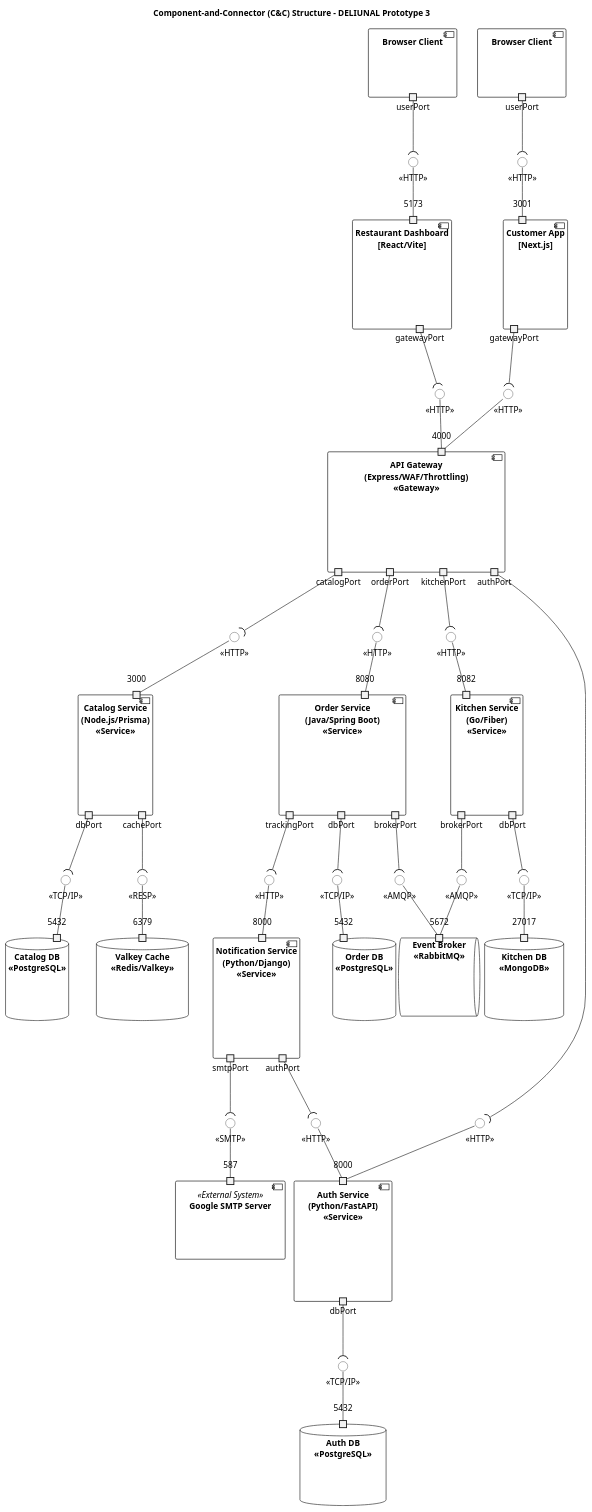
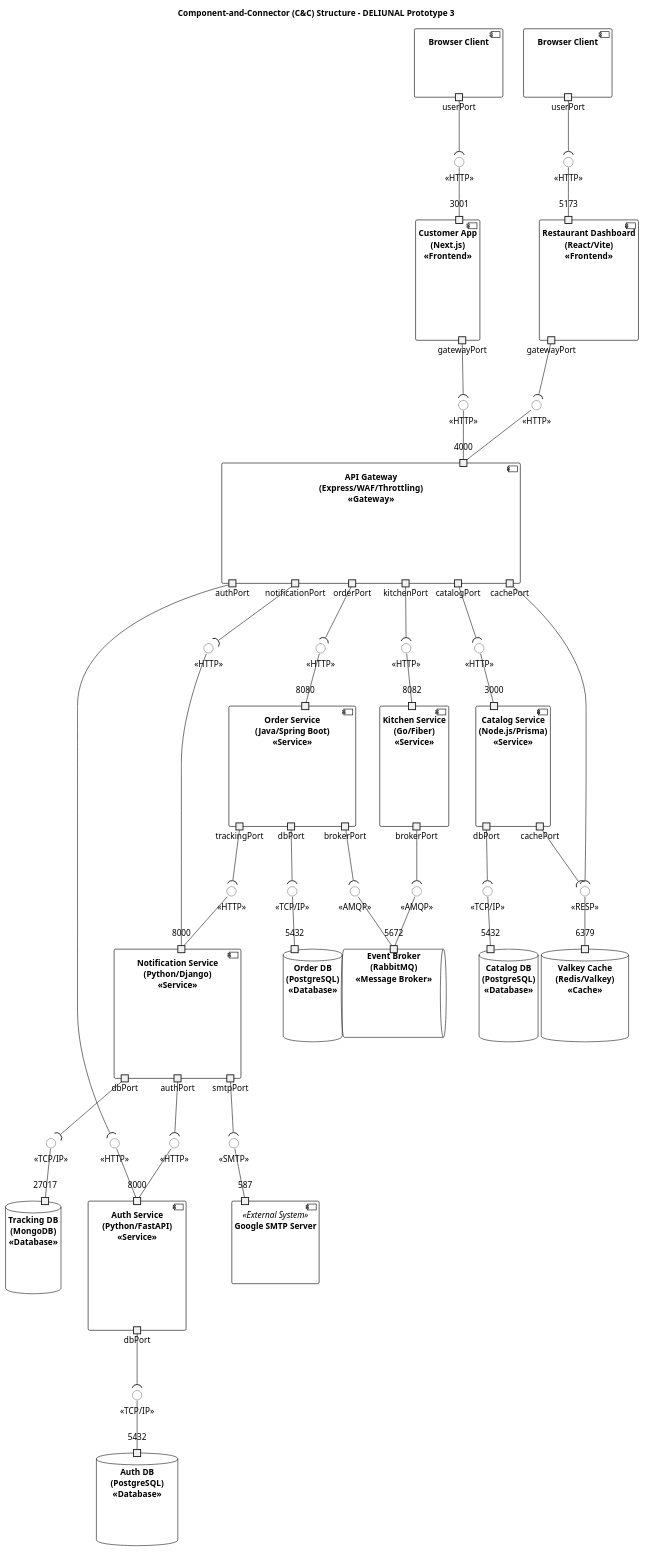
Before and after one commit to unal-sw-arch/swarch-2026i: the diagram in project/3b/docs/assets/deliunal_cc_view.puml, drawn with PlantUML. The commit also changed 1 other file, not shown here.

Commit message:
docs: update C&C diagram with missing connections

```diff
--- a/project/3b/docs/assets/deliunal_cc_view.puml
+++ b/project/3b/docs/assets/deliunal_cc_view.puml
@@ -1,192 +1,199 @@
 @startuml C&C_View_DELIUNAL
 skinparam componentStyle uml2
 skinparam backgroundColor white
 skinparam defaultFontName Arial
 skinparam node {
     BackgroundColor white
     BorderColor black
 }
 skinparam component {
     BackgroundColor white
     BorderColor black
 }
 skinparam interface {
     BackgroundColor white
     BorderColor black
 }
 
 title Component-and-Connector (C&C) Structure - DELIUNAL Prototype 3
 
 ' --- External Entities ---
 component "Browser Client" as MobileClient {
     portout "userPort" as mc_out
 }
 component "Browser Client" as BrowserClient {
     portout "userPort" as bc_out
 }
 component "Google SMTP Server" <<External System>> as SMTP_External {
     portin "587" as ext_smtp_in
 }
 
 ' --- Frontends ---
-component "Customer App\n[Next.js]" as CustomerApp {
+component "Customer App\n(Next.js)\n<<Frontend>>" as CustomerApp {
     portin "3001" as ca_in
     portout "gatewayPort" as ca_out
 }
-component "Restaurant Dashboard\n[React/Vite]" as RestaurantDashboard {
+component "Restaurant Dashboard\n(React/Vite)\n<<Frontend>>" as RestaurantDashboard {
     portin "5173" as rd_in
     portout "gatewayPort" as rd_out
 }
 
 ' --- API Gateway ---
 component "API Gateway\n(Express/WAF/Throttling)\n<<Gateway>>" as APIGateway {
     portin "4000" as gw_in
     portout "authPort" as gw_out_auth
     portout "catalogPort" as gw_out_cat
     portout "orderPort" as gw_out_ord
     portout "kitchenPort" as gw_out_kit
+    portout "notificationPort" as gw_out_notif
+    portout "cachePort" as gw_out_cache
 }
 
 ' --- Microservices ---
 component "Auth Service\n(Python/FastAPI)\n<<Service>>" as AuthService {
     portin "8000" as auth_in
     portout "dbPort" as auth_db_out
 }
 
 component "Catalog Service\n(Node.js/Prisma)\n<<Service>>" as CatalogService {
     portin "3000" as cat_in
     portout "dbPort" as cat_db_out
     portout "cachePort" as cat_cache_out
 }
 
 component "Order Service\n(Java/Spring Boot)\n<<Service>>" as OrderService {
     portin "8080" as ord_in
     portout "dbPort" as ord_db_out
     portout "brokerPort" as ord_broker_out
     portout "trackingPort" as ord_track_out
 }
 
 component "Kitchen Service\n(Go/Fiber)\n<<Service>>" as KitchenService {
     portin "8082" as kit_in
-    portout "dbPort" as kit_db_out
     portout "brokerPort" as kit_broker_out
 }
 
 component "Notification Service\n(Python/Django)\n<<Service>>" as NotificationService {
     portin "8000" as notif_in
     portout "authPort" as notif_auth_out
     portout "smtpPort" as notif_smtp_out
+    portout "dbPort" as notif_db_out
 }
 
 ' --- Data Stores & Brokers ---
-database "Catalog DB\n<<PostgreSQL>>" as CatalogDB {
+database "Catalog DB\n(PostgreSQL)\n<<Database>>" as CatalogDB {
     portin "5432" as catdb_in
 }
-database "Order DB\n<<PostgreSQL>>" as OrderDB {
+database "Order DB\n(PostgreSQL)\n<<Database>>" as OrderDB {
     portin "5432" as orddb_in
 }
-database "Kitchen DB\n<<MongoDB>>" as KitchenDB {
-    portin "27017" as kitdb_in
+database "Tracking DB\n(MongoDB)\n<<Database>>" as TrackingDB {
+    portin "27017" as trackdb_in
 }
-database "Auth DB\n<<PostgreSQL>>" as AuthDB {
+database "Auth DB\n(PostgreSQL)\n<<Database>>" as AuthDB {
     portin "5432" as authdb_in
 }
 
-queue "Event Broker\n<<RabbitMQ>>" as RabbitMQ {
+queue "Event Broker\n(RabbitMQ)\n<<Message Broker>>" as RabbitMQ {
     portin "5672" as rmq_in
 }
 
-database "Valkey Cache\n<<Redis/Valkey>>" as ValkeyCache {
+database "Valkey Cache\n(Redis/Valkey)\n<<Cache>>" as ValkeyCache {
     portin "6379" as valkey_in
 }
 
 ' --- Interfaces (Lollipops) ---
 interface "<<HTTP>>" as I_Mobile
 interface "<<HTTP>>" as I_Browser
 
 ' Splitting Gateway Interfaces to avoid 'Y' combinations
 interface "<<HTTP>>" as I_GW_CA
 interface "<<HTTP>>" as I_GW_RD
 
 ' Splitting Auth Interfaces to avoid 'Y' combinations
 interface "<<HTTP>>" as I_Auth_GW
 interface "<<HTTP>>" as I_Auth_Notif
 
 interface "<<HTTP>>" as I_Catalog
 interface "<<HTTP>>" as I_Order
 interface "<<HTTP>>" as I_Kitchen
 interface "<<HTTP>>" as I_Notification
+interface "<<HTTP>>" as I_Notif_GW
 
 ' Interfaces for DBs
 interface "<<TCP/IP>>" as I_CatDB
 interface "<<TCP/IP>>" as I_OrdDB
-interface "<<TCP/IP>>" as I_KitDB
+interface "<<TCP/IP>>" as I_TrackDB
 interface "<<TCP/IP>>" as I_AuthDB
 interface "<<RESP>>" as I_Valkey
 
 ' Interfaces for RabbitMQ
 interface "<<AMQP>>" as I_RMQ_Ord
 interface "<<AMQP>>" as I_RMQ_Kit
 
 ' --- Connections (External -> Frontends) ---
 mc_out --( I_Mobile
 I_Mobile -- ca_in
 
 bc_out --( I_Browser
 I_Browser -- rd_in
 
 ' --- Connections (Frontends -> Gateway) ---
 ca_out --( I_GW_CA
 I_GW_CA -- gw_in
 
 rd_out --( I_GW_RD
 I_GW_RD -- gw_in
 
 ' --- Connections (Gateway -> Services) ---
 gw_out_auth --( I_Auth_GW
 I_Auth_GW -- auth_in
 
 gw_out_cat --( I_Catalog
 I_Catalog -- cat_in
 
 gw_out_ord --( I_Order
 I_Order -- ord_in
 
 gw_out_kit --( I_Kitchen
 I_Kitchen -- kit_in
 
+gw_out_notif --( I_Notif_GW
+I_Notif_GW -- notif_in
+
 ' --- Internal Service-to-Service (API Composition) ---
 notif_auth_out --( I_Auth_Notif
 I_Auth_Notif -- auth_in
 
 ord_track_out --( I_Notification
 I_Notification -- notif_in
 
 ' --- Databases & Cache (Lollipop Notation) ---
 cat_db_out --( I_CatDB
 I_CatDB -- catdb_in
 
 ord_db_out --( I_OrdDB
 I_OrdDB -- orddb_in
 
-kit_db_out --( I_KitDB
-I_KitDB -- kitdb_in
+notif_db_out --( I_TrackDB
+I_TrackDB -- trackdb_in
 
 auth_db_out --( I_AuthDB
 I_AuthDB -- authdb_in
 
 cat_cache_out --( I_Valkey
+gw_out_cache --( I_Valkey
 I_Valkey -- valkey_in
 
 ' --- Event Broker (AMQP) ---
 ord_broker_out --( I_RMQ_Ord
 I_RMQ_Ord -- rmq_in
 
 kit_broker_out --( I_RMQ_Kit
 I_RMQ_Kit -- rmq_in
 
 ' --- External Systems ---
 interface "<<SMTP>>" as I_Ext_SMTP
 notif_smtp_out --( I_Ext_SMTP
 I_Ext_SMTP -- ext_smtp_in
 @enduml
```
